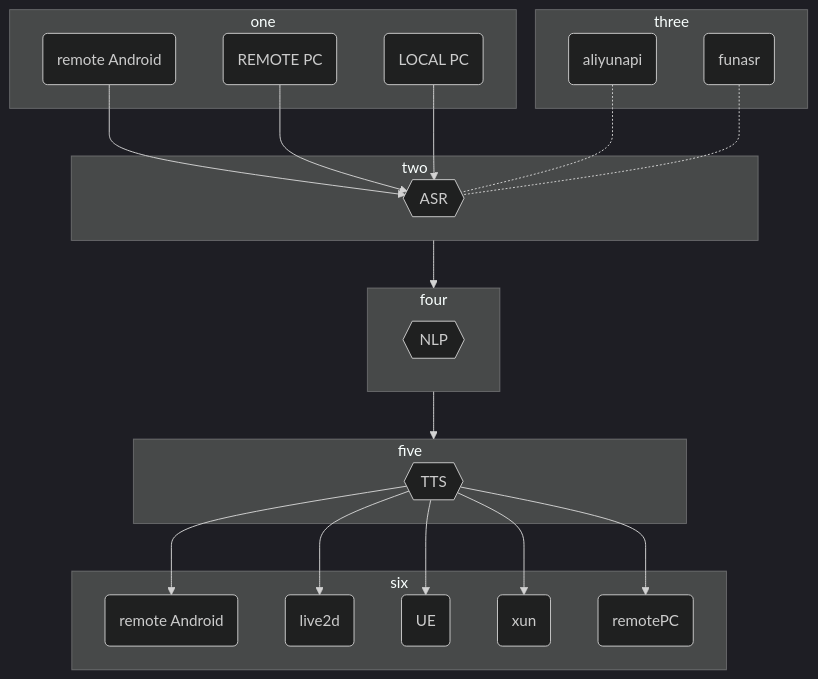
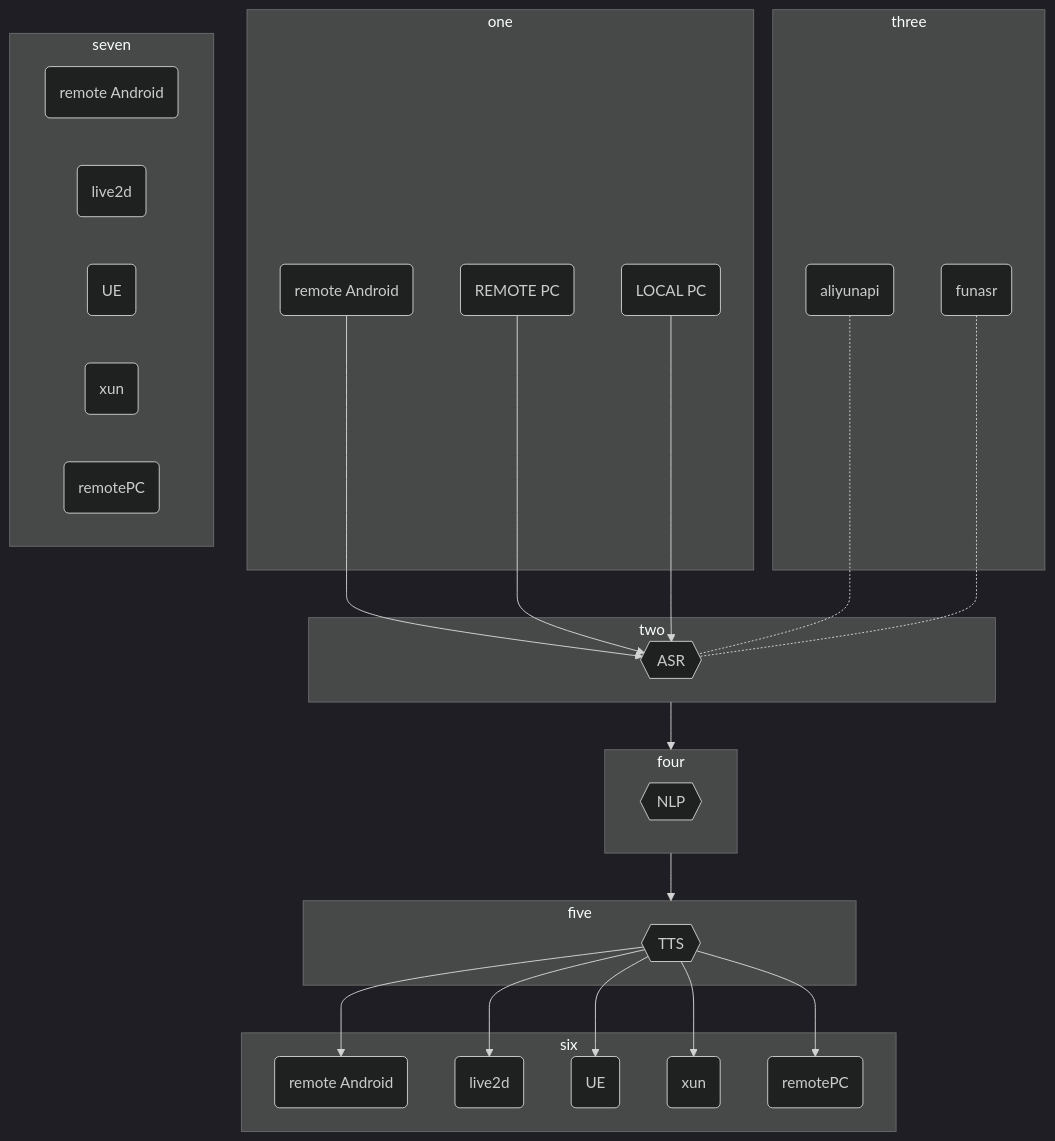
One commit to Luckyyaheen/testmd changed the diagram in README.md. Above: the diagram before and after it, drawn with Mermaid (dark theme).

````diff
--- a/README.md
+++ b/README.md
@@ -2,53 +2,62 @@
 ```mermaid
 flowchart TB
 
     aa-->asr
     cc-->asr
     bb-->asr
 
     aliyun-.-asr
     funasr-.-asr
 
     tts-->sixa
     tts-->sixb
     tts-->sixc
     tts-->sixd
     tts-->sixe
 
     subgraph one
     aa("remote Android")
     cc("REMOTE PC")
     bb("LOCAL PC")
     end
 
     subgraph two
     asr{{"ASR"}}
     end
 
     subgraph three
     aliyun("aliyunapi")
     funasr("funasr")  
     end
 
     subgraph four
     nlp{{"NLP"}}
     end
 
     subgraph five
     tts{{"TTS"}}
     end
 
 
     subgraph six
     sixa("remote Android")
     sixb("live2d")
     sixc("UE")
     sixd("xun")
     sixe("remotePC")
     end
 
+
+    subgraph seven
+    1sixa("remote Android")
+    1sixb("live2d")
+    1sixc("UE")
+    1sixd("xun")
+    1sixe("remotePC")
+    end
+
     two --> four
     four --> five
 
 
 ```
````
